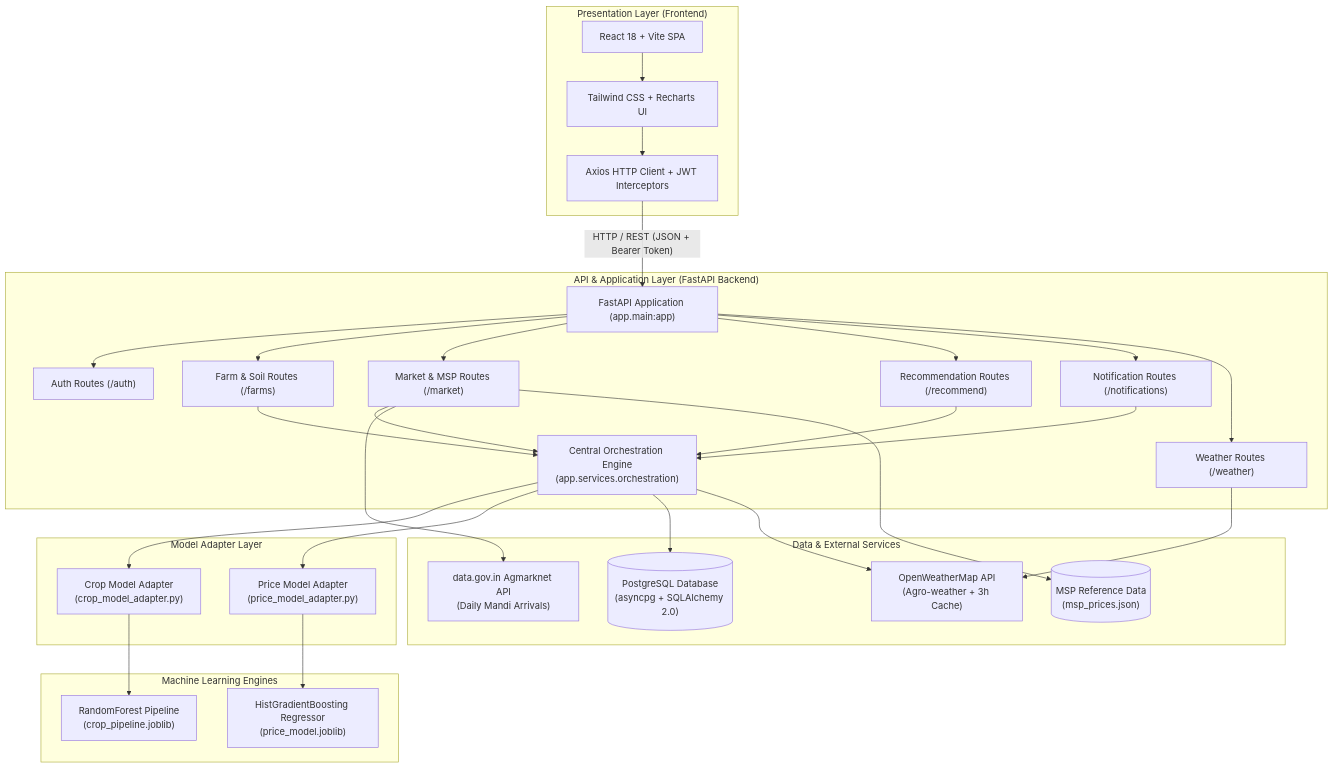
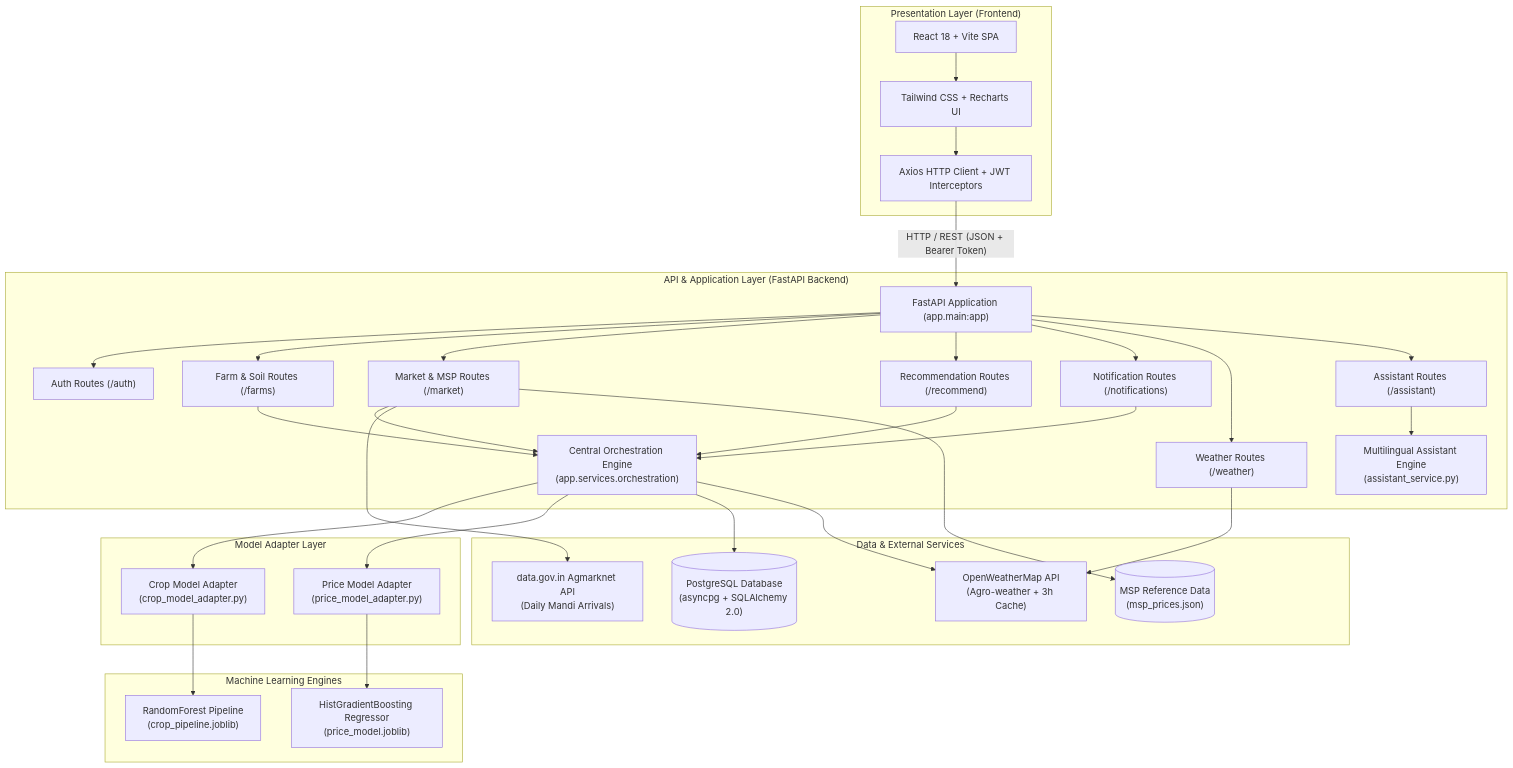
One commit to Ananya861/major_project changed the diagram in README.md. Above: the diagram before and after it, drawn with Mermaid. The commit also changed other lines of this file, not shown here.

Commit message:
Update README with multilingual and AI assistant features

````diff
--- a/README.md
+++ b/README.md
@@ -122,64 +145,68 @@
 ```mermaid
 flowchart TD
     subgraph Client["Presentation Layer (Frontend)"]
         UI["React 18 + Vite SPA"]
         Components["Tailwind CSS + Recharts UI"]
         AxiosClient["Axios HTTP Client + JWT Interceptors"]
     end
 
     subgraph Server["API & Application Layer (FastAPI Backend)"]
         Router["FastAPI Application (app.main:app)"]
         AuthRoute["Auth Routes (/auth)"]
         FarmRoute["Farm & Soil Routes (/farms)"]
         MarketRoute["Market & MSP Routes (/market)"]
         RecoRoute["Recommendation Routes (/recommend)"]
         NotifRoute["Notification Routes (/notifications)"]
         WeatherRoute["Weather Routes (/weather)"]
+        AssistantRoute["Assistant Routes (/assistant)"]
         Orchestration["Central Orchestration Engine\n(app.services.orchestration)"]
+        AssistantEngine["Multilingual Assistant Engine\n(assistant_service.py)"]
     end
 
     subgraph Adapters["Model Adapter Layer"]
         CropAdapter["Crop Model Adapter\n(crop_model_adapter.py)"]
         PriceAdapter["Price Model Adapter\n(price_model_adapter.py)"]
     end
 
     subgraph ML_Engines["Machine Learning Engines"]
         CropModel["RandomForest Pipeline\n(crop_pipeline.joblib)"]
         PriceModel["HistGradientBoosting Regressor\n(price_model.joblib)"]
     end
 
     subgraph Data_Sources["Data & External Services"]
         PG[("PostgreSQL Database\n(asyncpg + SQLAlchemy 2.0)")]
         OWM["OpenWeatherMap API\n(Agro-weather + 3h Cache)"]
         Agmarknet["data.gov.in Agmarknet API\n(Daily Mandi Arrivals)"]
         MSPData[("MSP Reference Data\n(msp_prices.json)")]
     end
 
     UI --> Components
     Components --> AxiosClient
     AxiosClient -->|"HTTP / REST (JSON + Bearer Token)"| Router
 
     Router --> AuthRoute
     Router --> FarmRoute
     Router --> MarketRoute
     Router --> RecoRoute
     Router --> NotifRoute
     Router --> WeatherRoute
+    Router --> AssistantRoute
 
     FarmRoute --> Orchestration
     MarketRoute --> Orchestration
     RecoRoute --> Orchestration
     NotifRoute --> Orchestration
+    AssistantRoute --> AssistantEngine
 
     Orchestration --> CropAdapter
     Orchestration --> PriceAdapter
     Orchestration --> PG
 
     CropAdapter --> CropModel
     PriceAdapter --> PriceModel
 
     WeatherRoute --> OWM
     MarketRoute --> Agmarknet
     MarketRoute --> MSPData
     Orchestration --> OWM
 ```
````
